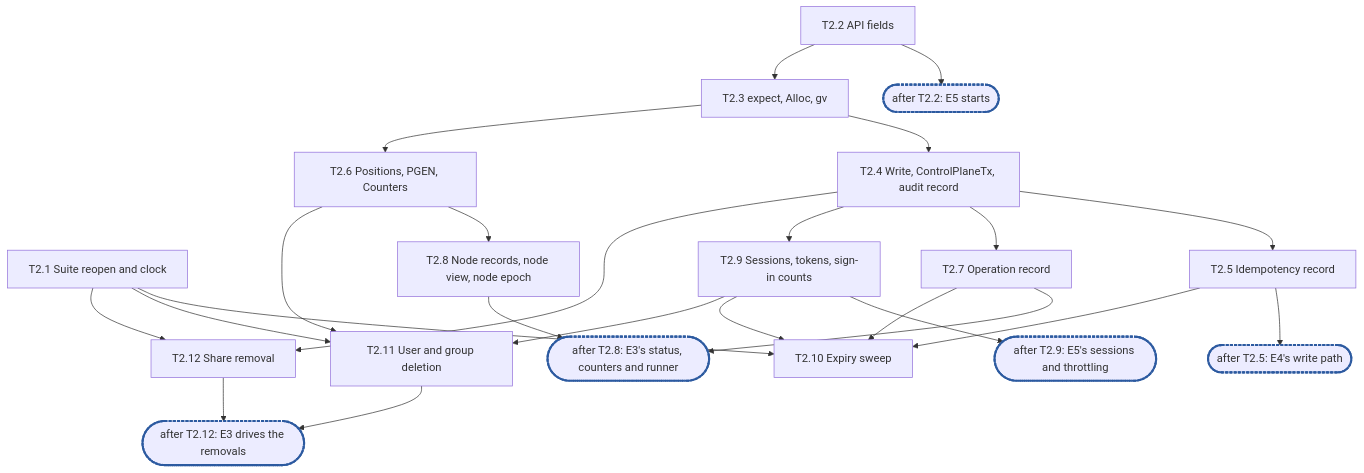
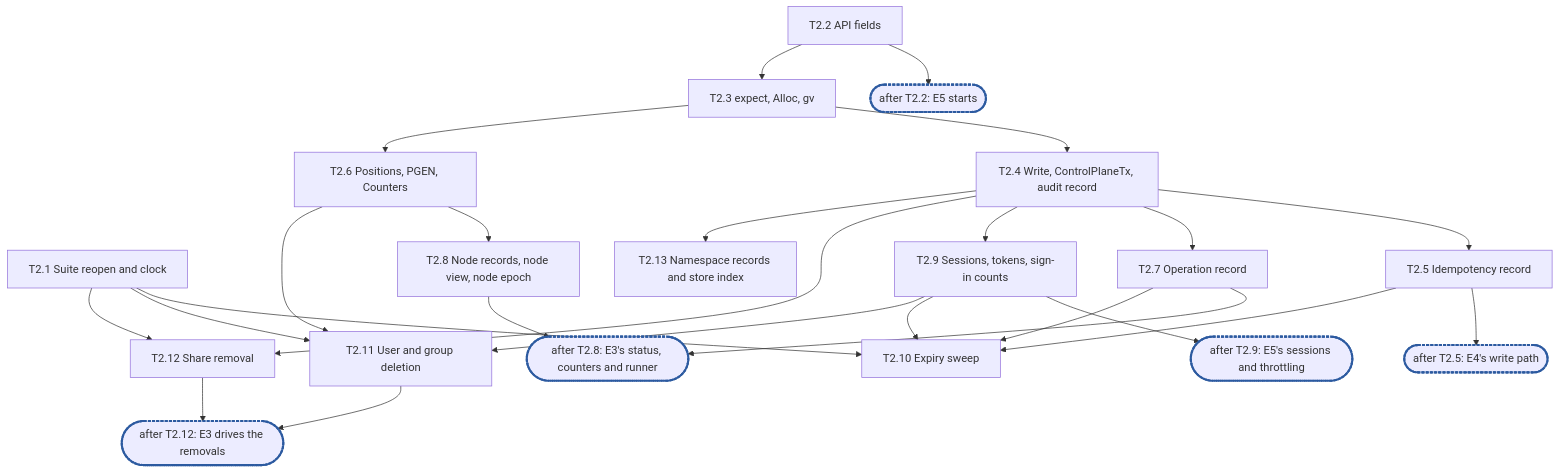
One commit to cubbit/dittofs changed the diagram in docs/internals/planning/rfc-23-control-plane-epic2.md. Above: the diagram before and after it, drawn with Mermaid. The commit also changed other lines of this file and 2 other files, not shown here.

Commit message:
docs(planning): epic 2 gains the namespace record, sessions' reads and the transaction's time

````diff
--- a/docs/internals/planning/rfc-23-control-plane-epic2.md
+++ b/docs/internals/planning/rfc-23-control-plane-epic2.md
@@ -728,20 +795,21 @@
 ```mermaid
 flowchart TD
   T2_1["T2.1 Suite reopen and clock"]
   T2_2["T2.2 API fields"] --> C0(["after T2.2: E5 starts"]):::sync
   T2_2 --> T2_3["T2.3 expect, Alloc, gv"]
   T2_3 --> T2_4["T2.4 Write, ControlPlaneTx, audit record"]
   T2_4 --> T2_5["T2.5 Idempotency record"]
   T2_5 --> C1(["after T2.5: E4's write path"]):::sync
   T2_3 --> T2_6["T2.6 Positions, PGEN, Counters"]
   T2_4 --> T2_7["T2.7 Operation record"]
   T2_6 --> T2_8["T2.8 Node records, node view, node epoch"]
   T2_7 & T2_8 --> C2(["after T2.8: E3's status, counters and runner"]):::sync
   T2_4 --> T2_9["T2.9 Sessions, tokens, sign-in counts"]
   T2_9 --> C4(["after T2.9: E5's sessions and throttling"]):::sync
   T2_1 & T2_5 & T2_7 & T2_9 --> T2_10["T2.10 Expiry sweep"]
   T2_1 & T2_6 & T2_9 --> T2_11["T2.11 User and group deletion"]
   T2_1 & T2_4 --> T2_12["T2.12 Share removal"]
+  T2_4 --> T2_13["T2.13 Namespace records and store index"]
   T2_11 & T2_12 --> C3(["after T2.12: E3 drives the removals"]):::sync
   classDef sync stroke:#2c5aa0,stroke-width:3px,stroke-dasharray:4 2
 ```
````
